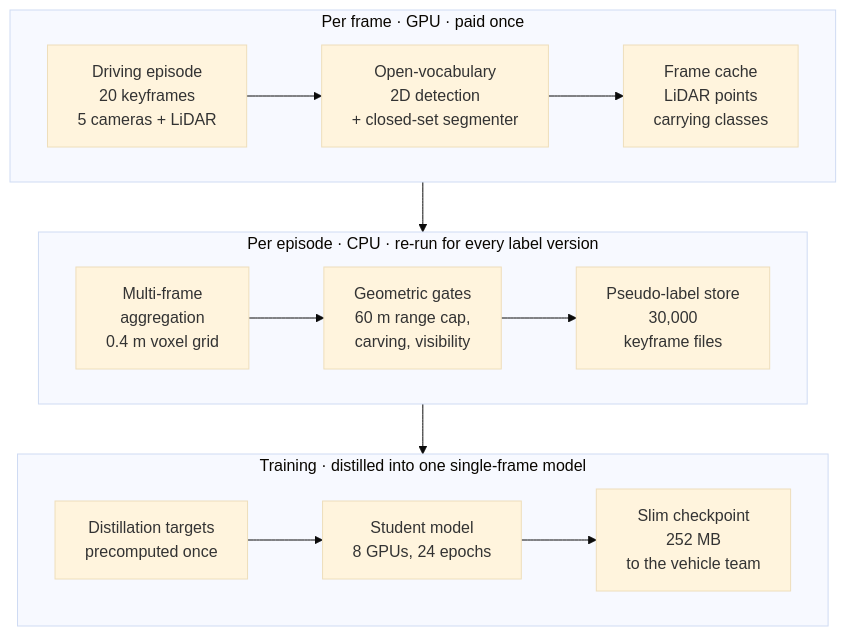
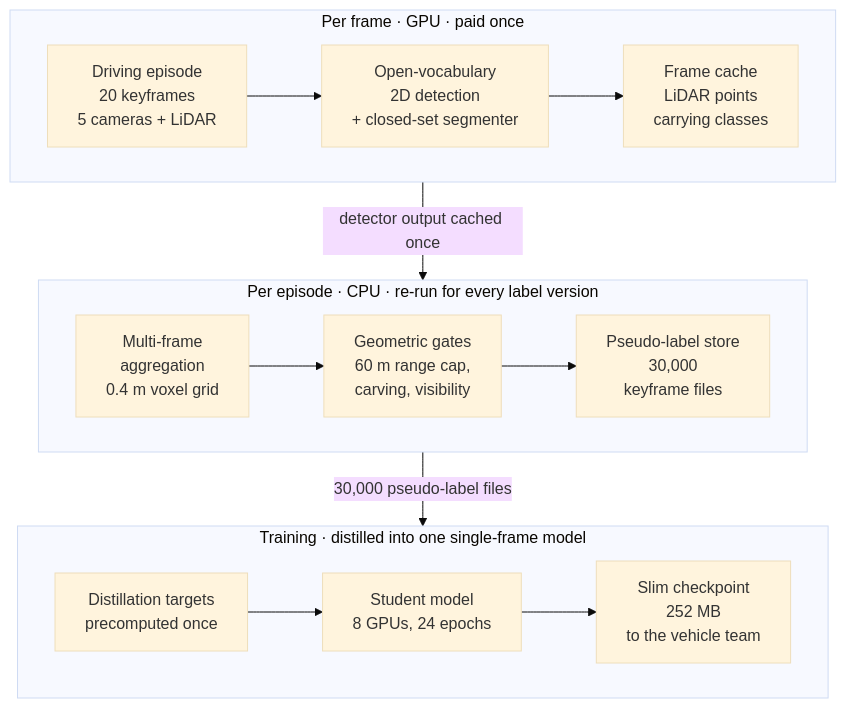
Before and after one commit to EdwardLeeLPZ/EdwardLeeLPZ.github.io: the diagram in _projects/occupancy-auto-labeling-pipeline.md, drawn with Mermaid (base theme). The commit also changed 1 other file, not shown here.

Commit message:
Anchor the pipeline diagram's stage arrows
The two arrows between stages started in empty space below one box and
stopped short of the next, so they read as floating rather than connecting.
Mermaid only keeps a subgraph's internal left-to-right direction when the
edge joins the subgraphs themselves rather than nodes inside them, and it
routes those cluster edges loosely. Giving each edge a label makes mermaid
route it through the label, which lands both ends on the box edges, and the
labels say what actually crosses between stages.

Mermaid paints edge labels on a mid-grey block from a style it scopes to a
generated id, so the override that puts them on the page background needs
!important. The custom properties keep it following the theme.

Verified by screenshotting the rendered page, not the diagram in isolation:
the site's fonts change mermaid's measurements, and the isolated render did
not show the gap.

````diff
--- a/_projects/occupancy-auto-labeling-pipeline.md
+++ b/_projects/occupancy-auto-labeling-pipeline.md
@@ -88,16 +88,17 @@
 ```mermaid
 flowchart TB
   subgraph S1["Per frame · GPU · paid once"]
     direction LR
     A["Driving episode<br/>20 keyframes<br/>5 cameras + LiDAR"] --> B["Open-vocabulary<br/>2D detection<br/>+ closed-set segmenter"] --> C["Frame cache<br/>LiDAR points<br/>carrying classes"]
   end
   subgraph S2["Per episode · CPU · re-run for every label version"]
     direction LR
     D["Multi-frame<br/>aggregation<br/>0.4 m voxel grid"] --> E["Geometric gates<br/>60 m range cap,<br/>carving, visibility"] --> F["Pseudo-label store<br/>30,000<br/>keyframe files"]
   end
   subgraph S3["Training · distilled into one single-frame model"]
     direction LR
     G["Distillation targets<br/>precomputed once"] --> H["Student model<br/>8 GPUs, 24 epochs"] --> I["Slim checkpoint<br/>252 MB<br/>to the vehicle team"]
   end
-  S1 --> S2 --> S3
+  S1 -->|"detector output cached once"| S2
+  S2 -->|"30,000 pseudo-label files"| S3
 ```
````
